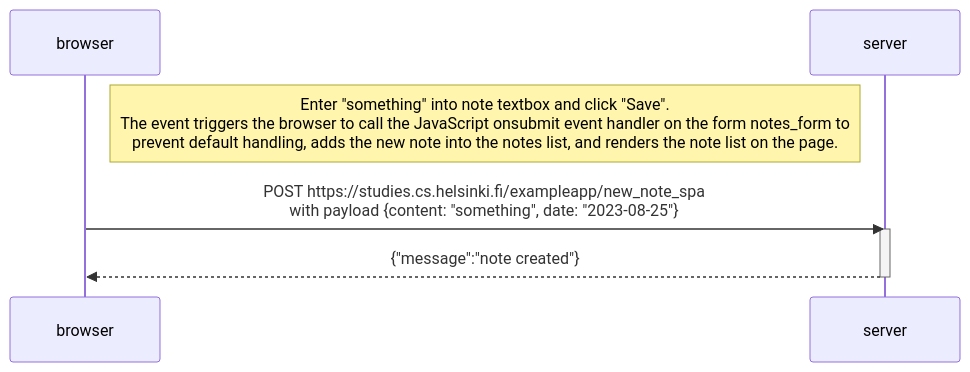
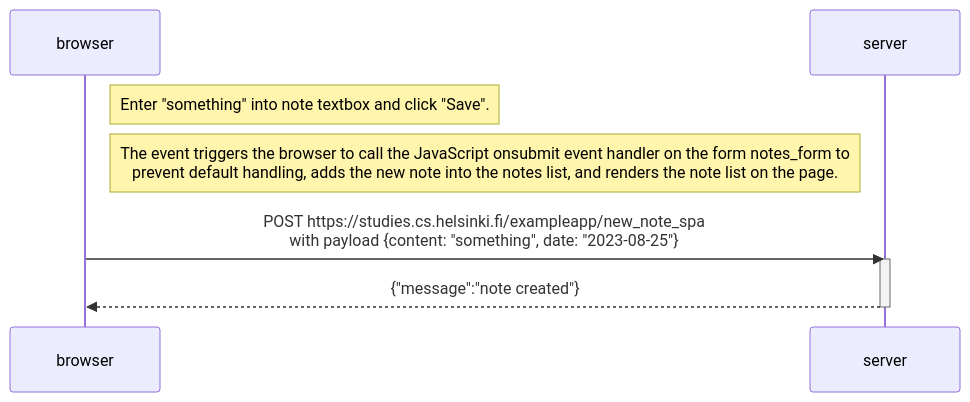
One commit to dtchoi/fullstack changed the diagram in part0/part0exercise6.md. Above: the diagram before and after it, drawn with Mermaid.

````diff
--- a/part0/part0exercise6.md
+++ b/part0/part0exercise6.md
@@ -1,12 +1,13 @@
 ```mermaid
 sequenceDiagram
     participant browser
     participant server
 
-    Note right of browser: Enter "something" into note textbox and click "Save".<br/>The event triggers the browser to call the JavaScript onsubmit event handler on the form notes_form to <br/>prevent default handling, adds the new note into the notes list, and renders the note list on the page.
+    Note right of browser: Enter "something" into note textbox and click "Save".
+    Note right of browser: The event triggers the browser to call the JavaScript onsubmit event handler on the form notes_form to <br/>prevent default handling, adds the new note into the notes list, and renders the note list on the page.
 
     browser->>server: POST https://studies.cs.helsinki.fi/exampleapp/new_note_spa<br/>with payload {content: "something", date: "2023-08-25"}
     activate server
     server-->>browser: {"message":"note created"}
     deactivate server
 ```
````
